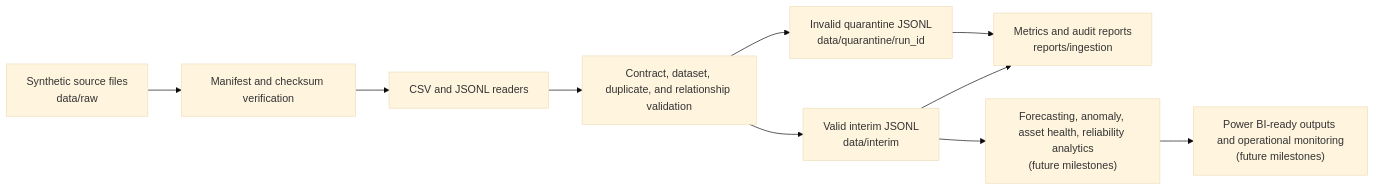
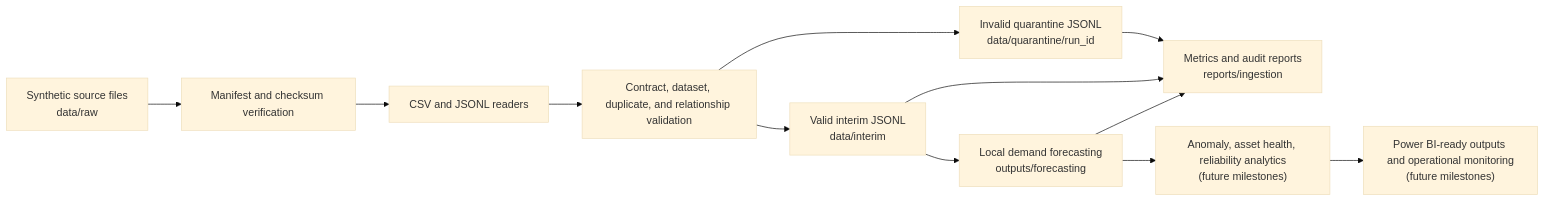
The diagram in docs/architecture/data-flow.md (Ibraheemolasupogit/azure-grid-reliability-intelligence-platform), drawn with Mermaid (base theme) before and after one commit. The commit also changed 30 other files, not shown here.

Commit message:
Add electricity demand forecasting pipeline

````diff
--- a/docs/architecture/data-flow.md
+++ b/docs/architecture/data-flow.md
@@ -5,17 +5,19 @@
 ```mermaid
 flowchart LR
     inputs["Synthetic source files<br/>data/raw"]
     manifest["Manifest and checksum verification"]
     ingestion["CSV and JSONL readers"]
     validation["Contract, dataset, duplicate, and relationship validation"]
     interim["Valid interim JSONL<br/>data/interim"]
     quarantine["Invalid quarantine JSONL<br/>data/quarantine/run_id"]
     reports["Metrics and audit reports<br/>reports/ingestion"]
-    analytics["Forecasting, anomaly, asset health, reliability analytics<br/>(future milestones)"]
+    forecasting["Local demand forecasting<br/>outputs/forecasting"]
+    analytics["Anomaly, asset health, reliability analytics<br/>(future milestones)"]
     reporting["Power BI-ready outputs and operational monitoring<br/>(future milestones)"]
 
     inputs --> manifest --> ingestion --> validation
-    validation --> interim --> analytics --> reporting
+    validation --> interim --> forecasting --> analytics --> reporting
     validation --> quarantine --> reports
     interim --> reports
+    forecasting --> reports
 ```
````
